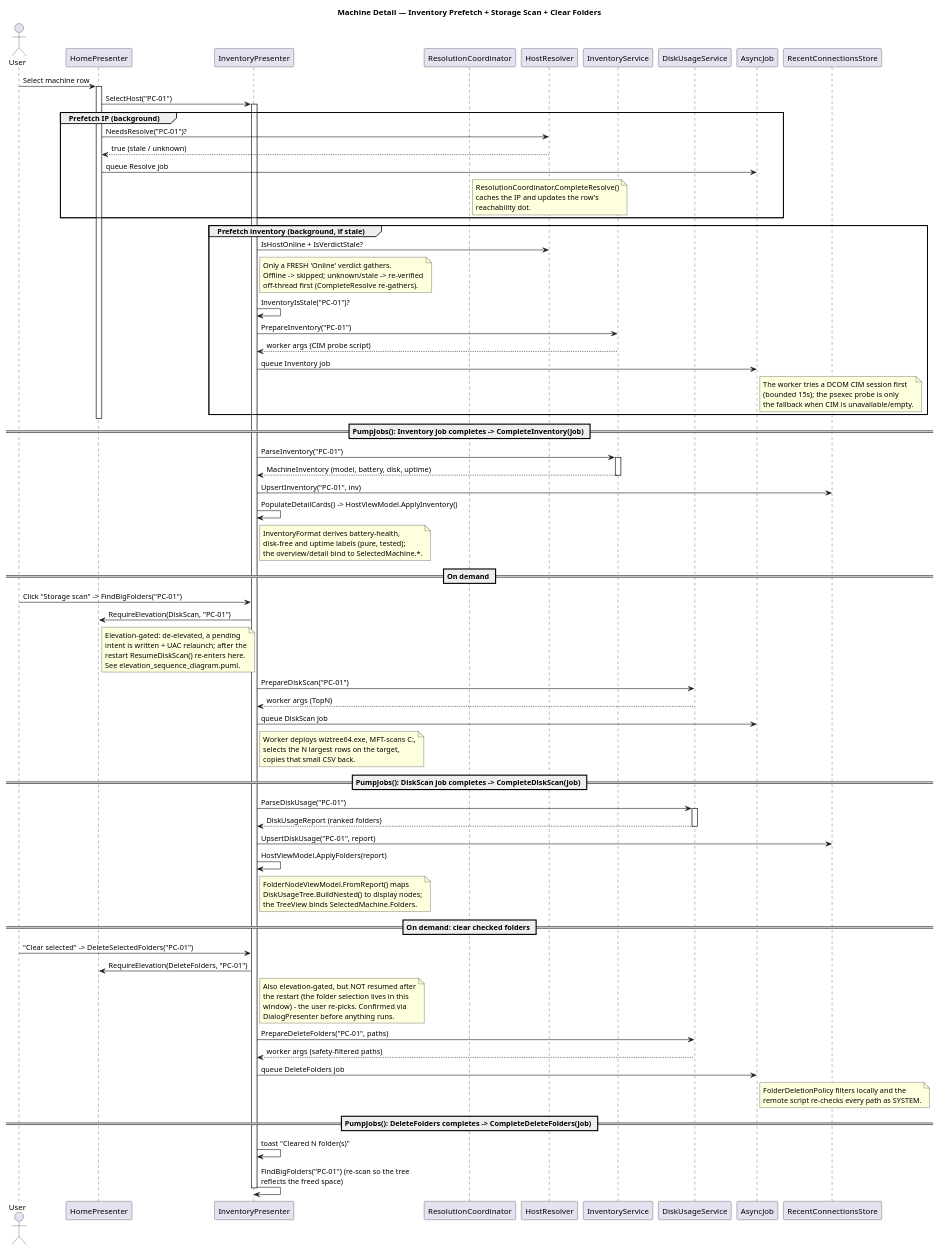
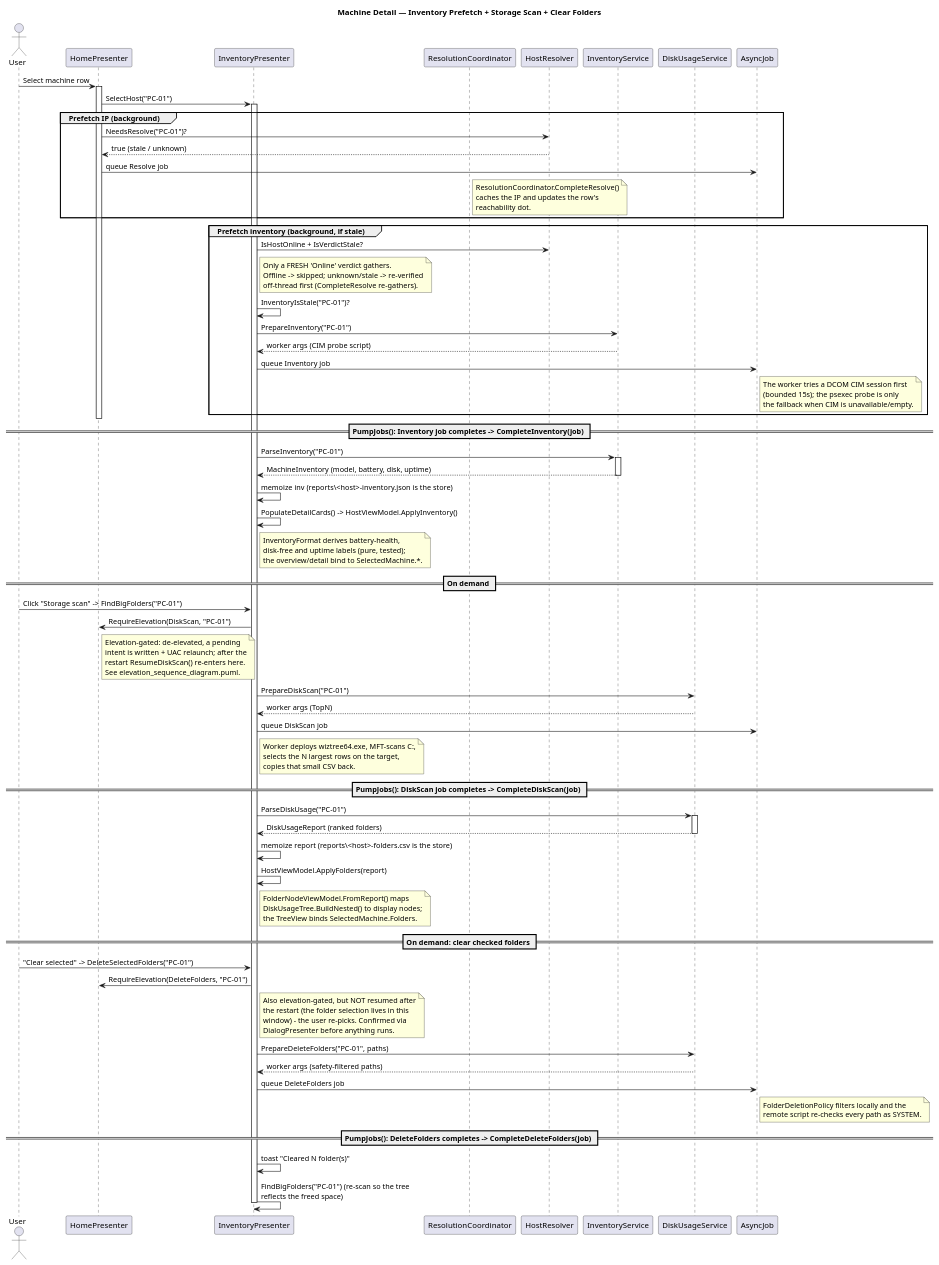
One commit to Danial-Changez/DONUT changed the diagram in docs/diagrams/inventory_sequence_diagram.puml. Above: the diagram before and after it, drawn with PlantUML. The commit also changed 8 other files, not shown here.

```diff
--- a/docs/diagrams/inventory_sequence_diagram.puml
+++ b/docs/diagrams/inventory_sequence_diagram.puml
@@ -1,77 +1,76 @@
 @startuml inventory_sequence_diagram
 title Machine Detail — Inventory Prefetch + Storage Scan + Clear Folders
 
 actor User
 participant "HomePresenter" as Presenter
 participant "InventoryPresenter" as Detail
 participant "ResolutionCoordinator" as Coord
 participant "HostResolver" as Resolver
 participant "InventoryService" as Inv
 participant "DiskUsageService" as Disk
 participant "AsyncJob" as Job
-participant "RecentConnectionsStore" as Store
 
 User -> Presenter: Select machine row
 activate Presenter
 Presenter -> Detail: SelectHost("PC-01")
 activate Detail
 
 group Prefetch IP (background)
     Presenter -> Resolver: NeedsResolve("PC-01")?
     Resolver --> Presenter: true (stale / unknown)
     Presenter -> Job: queue Resolve job
     note right of Coord: ResolutionCoordinator.CompleteResolve()\ncaches the IP and updates the row's\nreachability dot.
 end
 
 group Prefetch inventory (background, if stale)
     Detail -> Resolver: IsHostOnline + IsVerdictStale?
     note right of Detail: Only a FRESH 'Online' verdict gathers.\nOffline -> skipped; unknown/stale -> re-verified\noff-thread first (CompleteResolve re-gathers).
     Detail -> Detail: InventoryIsStale("PC-01")?
     Detail -> Inv: PrepareInventory("PC-01")
     Inv --> Detail: worker args (CIM probe script)
     Detail -> Job: queue Inventory job
     note right of Job: The worker tries a DCOM CIM session first\n(bounded 15s); the psexec probe is only\nthe fallback when CIM is unavailable/empty.
 end
 deactivate Presenter
 
 == PumpJobs(): Inventory job completes -> CompleteInventory(job) ==
 Detail -> Inv: ParseInventory("PC-01")
 activate Inv
 Inv --> Detail: MachineInventory (model, battery, disk, uptime)
 deactivate Inv
-Detail -> Store: UpsertInventory("PC-01", inv)
+Detail -> Detail: memoize inv (reports\\<host>-inventory.json is the store)
 Detail -> Detail: PopulateDetailCards() -> HostViewModel.ApplyInventory()
 note right of Detail: InventoryFormat derives battery-health,\ndisk-free and uptime labels (pure, tested);\nthe overview/detail bind to SelectedMachine.*.
 
 == On demand ==
 User -> Detail: Click "Storage scan" -> FindBigFolders("PC-01")
 Detail -> Presenter: RequireElevation(DiskScan, "PC-01")
 note right of Presenter: Elevation-gated: de-elevated, a pending\nintent is written + UAC relaunch; after the\nrestart ResumeDiskScan() re-enters here.\nSee elevation_sequence_diagram.puml.
 Detail -> Disk: PrepareDiskScan("PC-01")
 Disk --> Detail: worker args (TopN)
 Detail -> Job: queue DiskScan job
 note right of Detail: Worker deploys wiztree64.exe, MFT-scans C:,\nselects the N largest rows on the target,\ncopies that small CSV back.
 
 == PumpJobs(): DiskScan job completes -> CompleteDiskScan(job) ==
 Detail -> Disk: ParseDiskUsage("PC-01")
 activate Disk
 Disk --> Detail: DiskUsageReport (ranked folders)
 deactivate Disk
-Detail -> Store: UpsertDiskUsage("PC-01", report)
+Detail -> Detail: memoize report (reports\\<host>-folders.csv is the store)
 Detail -> Detail: HostViewModel.ApplyFolders(report)
 note right of Detail: FolderNodeViewModel.FromReport() maps\nDiskUsageTree.BuildNested() to display nodes;\nthe TreeView binds SelectedMachine.Folders.
 
 == On demand: clear checked folders ==
 User -> Detail: "Clear selected" -> DeleteSelectedFolders("PC-01")
 Detail -> Presenter: RequireElevation(DeleteFolders, "PC-01")
 note right of Detail: Also elevation-gated, but NOT resumed after\nthe restart (the folder selection lives in this\nwindow) - the user re-picks. Confirmed via\nDialogPresenter before anything runs.
 Detail -> Disk: PrepareDeleteFolders("PC-01", paths)
 Disk --> Detail: worker args (safety-filtered paths)
 Detail -> Job: queue DeleteFolders job
 note right of Job: FolderDeletionPolicy filters locally and the\nremote script re-checks every path as SYSTEM.
 
 == PumpJobs(): DeleteFolders completes -> CompleteDeleteFolders(job) ==
 Detail -> Detail: toast "Cleared N folder(s)"
 Detail -> Detail: FindBigFolders("PC-01") (re-scan so the tree\nreflects the freed space)
 deactivate Detail
 @enduml
```
